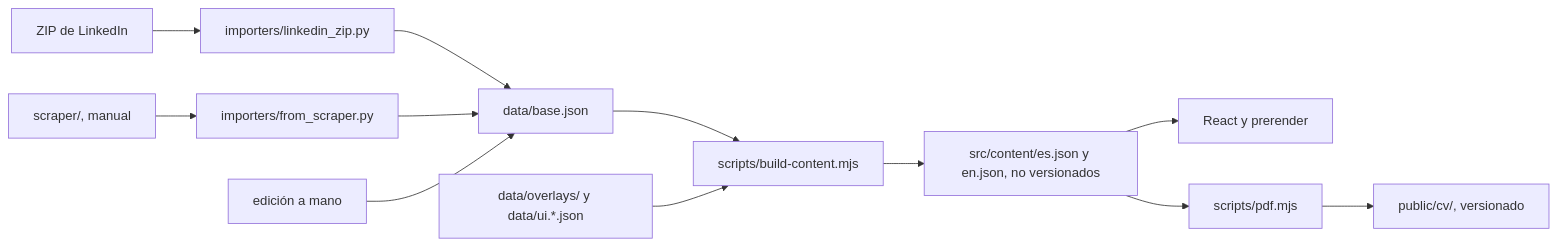
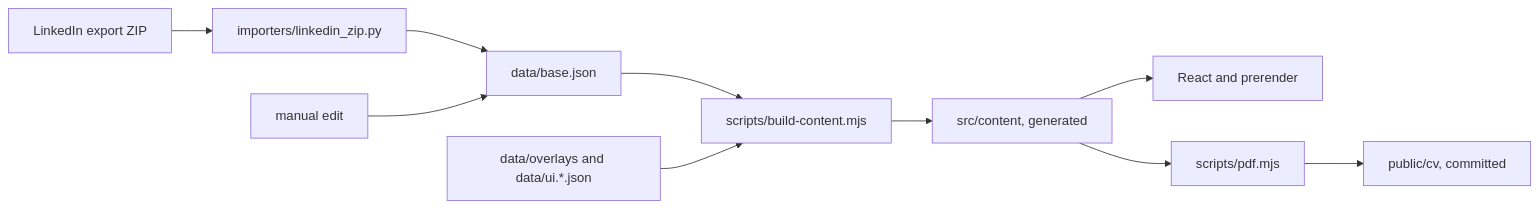
Before and after one commit to GDelpo/cv-online: the diagram in README.md, drawn with Mermaid. The commit also changed other lines of this file and 2 other files, not shown here.

````diff
--- a/README.md
+++ b/README.md
@@ -123,14 +40,12 @@
 ```mermaid
 flowchart LR
-  zip[ZIP de LinkedIn] --> importer[importers/linkedin_zip.py]
-  scraper[scraper/, manual] --> from[importers/from_scraper.py]
+  zip[LinkedIn export ZIP] --> importer[importers/linkedin_zip.py]
   importer --> base[data/base.json]
-  from --> base
-  hand[edición a mano] --> base
+  hand[manual edit] --> base
   base --> build[scripts/build-content.mjs]
-  overlays[data/overlays/ y data/ui.*.json] --> build
-  build --> content[src/content/es.json y en.json, no versionados]
-  content --> app[React y prerender]
+  overlays[data/overlays and data/ui.*.json] --> build
+  build --> content[src/content, generated]
+  content --> app[React and prerender]
   content --> pdf[scripts/pdf.mjs]
-  pdf --> cv[public/cv/, versionado]
+  pdf --> cv[public/cv, committed]
 ```
````
